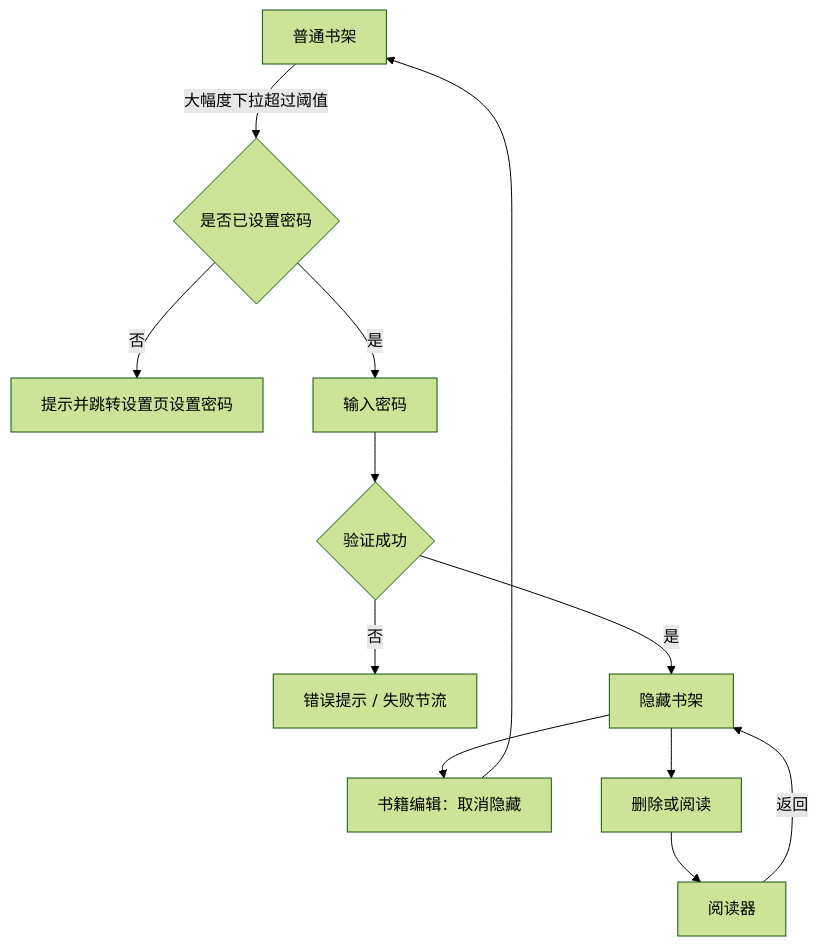
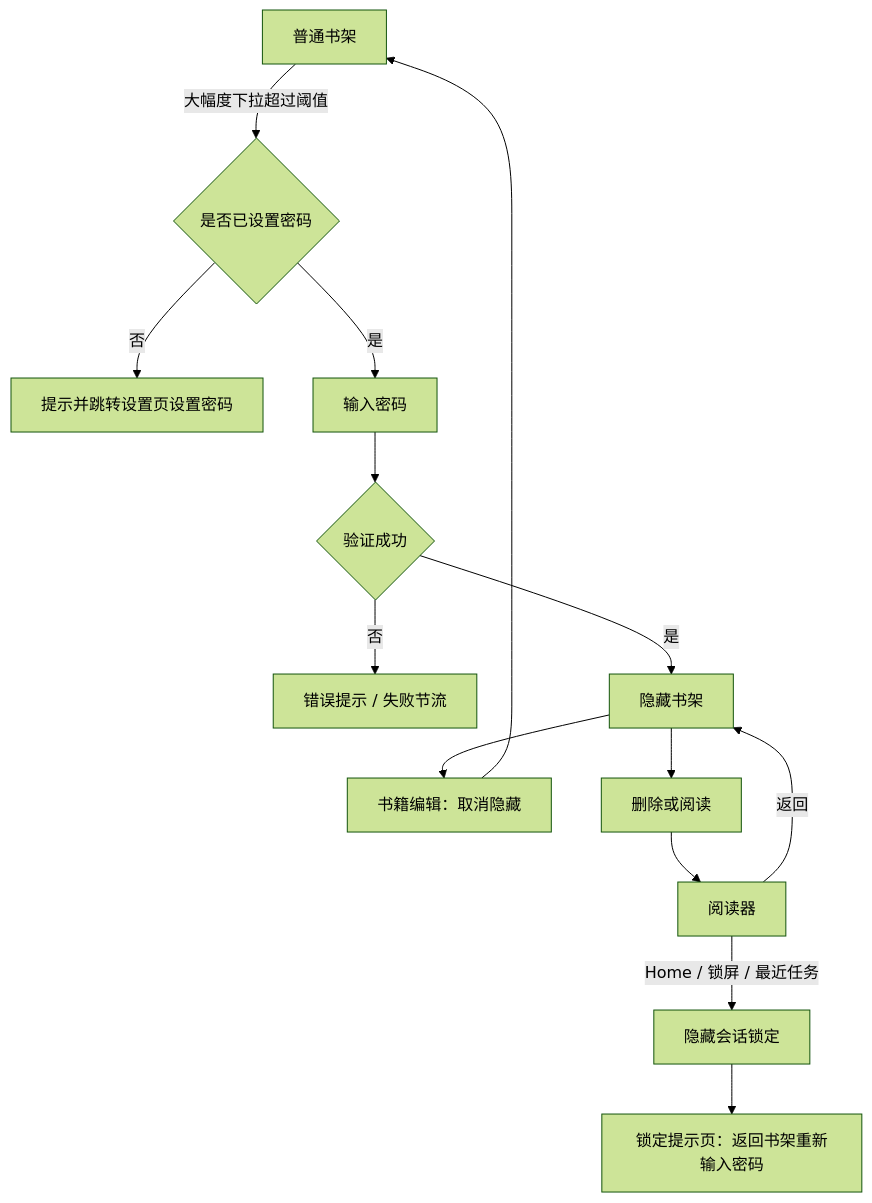
The second of 6 diagrams in docs/design.md (redsniper/book-reader), drawn with Mermaid (forest theme) before and after one commit. The commit also changed other lines of this file and 12 other files, not shown here.

````diff
--- a/docs/design.md
+++ b/docs/design.md
@@ -117,14 +117,16 @@
 ```mermaid
 flowchart TD
     A[普通书架] -->|大幅度下拉超过阈值| B{是否已设置密码}
     B -- 否 --> C[提示并跳转设置页设置密码]
     B -- 是 --> D[输入密码]
     D --> E{验证成功}
     E -- 否 --> F[错误提示 / 失败节流]
     E -- 是 --> G[隐藏书架]
     G --> H[书籍编辑：取消隐藏]
     G --> I[删除或阅读]
     H --> A
     I --> J[阅读器]
     J -->|返回| G
+    J -->|Home / 锁屏 / 最近任务| K[隐藏会话锁定]
+    K --> L[锁定提示页：返回书架重新输入密码]
 ```
````
